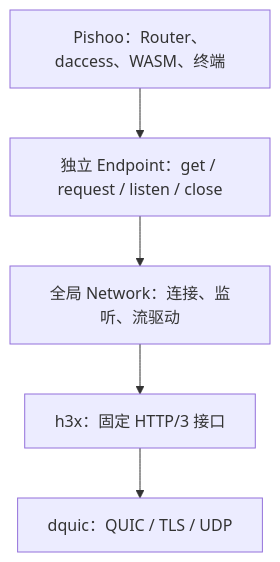
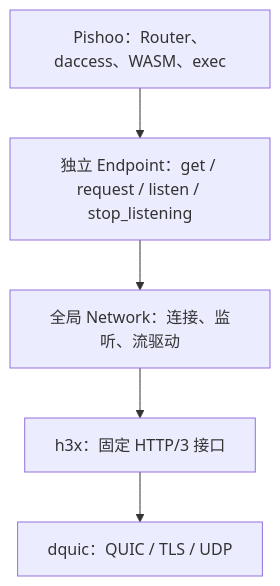
Before and after one commit to genmeta/pishoo: the diagram in design/h3x-dhttp-pishoo-architecture.md, drawn with Mermaid. The commit also changed other lines of this file and 65 other files, not shown here.

````diff
--- a/design/h3x-dhttp-pishoo-architecture.md
+++ b/design/h3x-dhttp-pishoo-architecture.md
@@ -13,12 +13,12 @@
 ```mermaid
 flowchart TB
-    P["Pishoo：Router、daccess、WASM、终端"]
-    E["独立 Endpoint：get / request / listen / close"]
+    P["Pishoo：Router、daccess、WASM、exec"]
+    E["独立 Endpoint：get / request / listen / stop_listening"]
     N["全局 Network：连接、监听、流驱动"]
     H["h3x：固定 HTTP/3 接口"]
     Q["dquic：QUIC / TLS / UDP"]
     P --> E
     E --> N
     N --> H
     H --> Q
 ```
````
